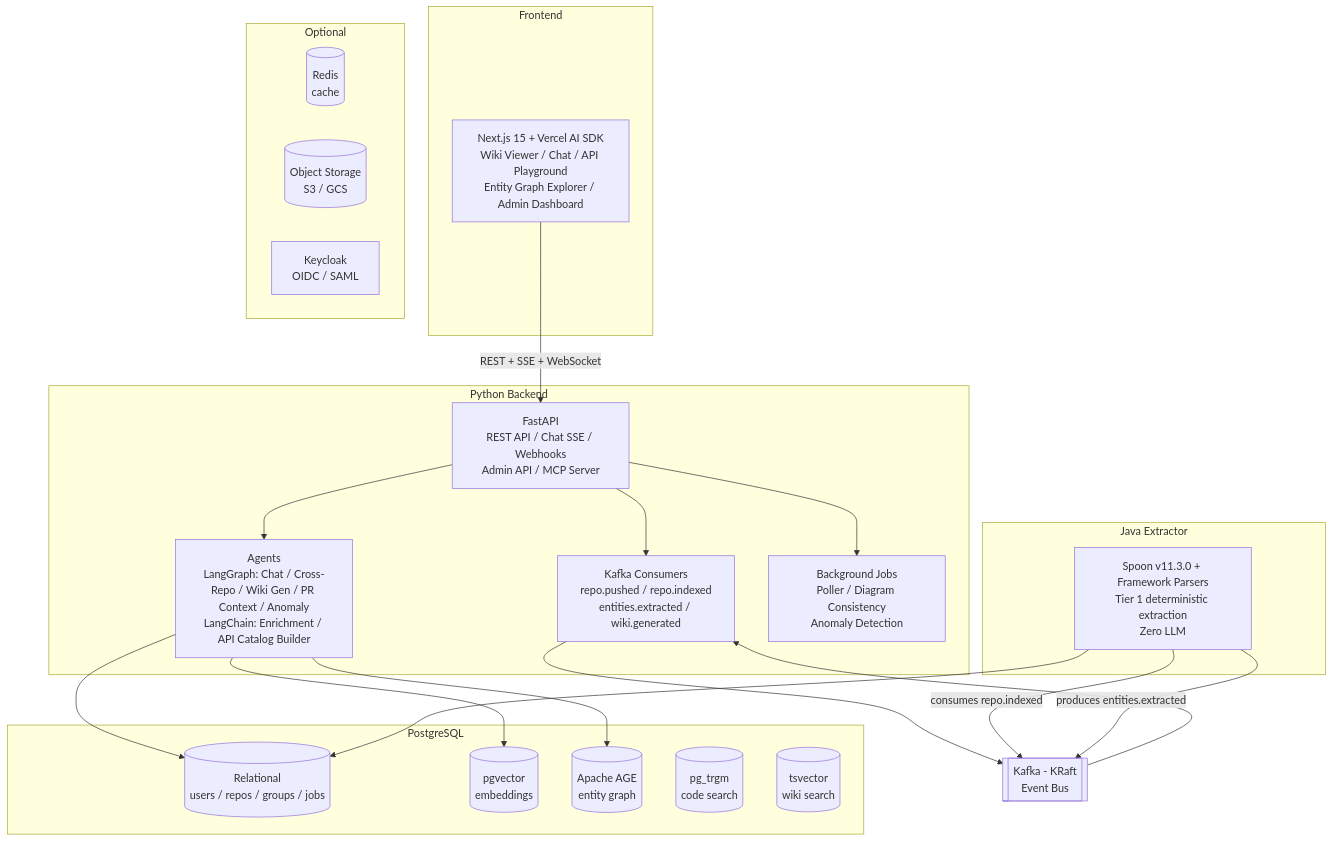
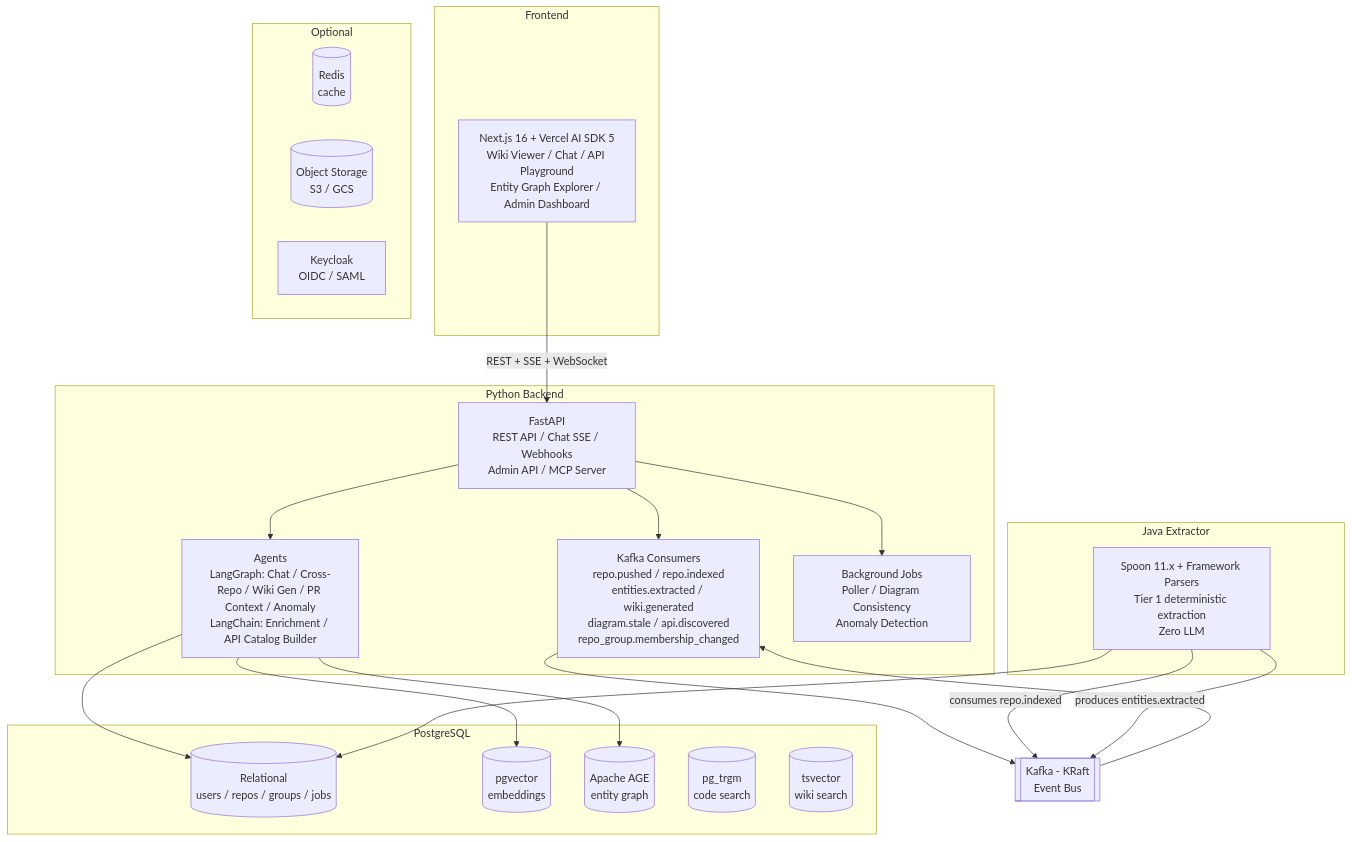
The diagram in docs/specs/platform-design.md (mogheyapoorv/codegraph), drawn with Mermaid before and after one commit. The commit also changed other lines of this file, not shown here.

First line of the commit message:
docs: update all library versions via Context7 + architect review

````diff
--- a/docs/specs/platform-design.md
+++ b/docs/specs/platform-design.md
@@ -51,46 +51,46 @@
 ```mermaid
 graph TB
     subgraph Frontend
-        UI[Next.js 15 + Vercel AI SDK<br/>Wiki Viewer / Chat / API Playground<br/>Entity Graph Explorer / Admin Dashboard]
+        UI[Next.js 16 + Vercel AI SDK 5<br/>Wiki Viewer / Chat / API Playground<br/>Entity Graph Explorer / Admin Dashboard]
     end
 
     subgraph Python Backend
         API[FastAPI<br/>REST API / Chat SSE / Webhooks<br/>Admin API / MCP Server]
         AGENTS[Agents<br/>LangGraph: Chat / Cross-Repo / Wiki Gen / PR Context / Anomaly<br/>LangChain: Enrichment / API Catalog Builder]
-        KAFKA_C[Kafka Consumers<br/>repo.pushed / repo.indexed<br/>entities.extracted / wiki.generated]
+        KAFKA_C[Kafka Consumers<br/>repo.pushed / repo.indexed<br/>entities.extracted / wiki.generated<br/>diagram.stale / api.discovered<br/>repo_group.membership_changed]
         JOBS[Background Jobs<br/>Poller / Diagram Consistency<br/>Anomaly Detection]
     end
 
     subgraph Java Extractor
-        JDT[Spoon v11.3.0 + Framework Parsers<br/>Tier 1 deterministic extraction<br/>Zero LLM]
+        JDT[Spoon 11.x + Framework Parsers<br/>Tier 1 deterministic extraction<br/>Zero LLM]
     end
 
     subgraph PostgreSQL
         PG_REL[(Relational<br/>users / repos / groups / jobs)]
         PG_VEC[(pgvector<br/>embeddings)]
         PG_AGE[(Apache AGE<br/>entity graph)]
         PG_TRGM[(pg_trgm<br/>code search)]
         PG_TS[(tsvector<br/>wiki search)]
     end
 
     KAFKA[[Kafka - KRaft<br/>Event Bus]]
 
     subgraph Optional
         REDIS[(Redis<br/>cache)]
         S3[(Object Storage<br/>S3 / GCS)]
         KC[Keycloak<br/>OIDC / SAML]
     end
 
     UI -->|REST + SSE + WebSocket| API
     API --> AGENTS
     API --> KAFKA_C
     API --> JOBS
     AGENTS --> PG_REL
     AGENTS --> PG_VEC
     AGENTS --> PG_AGE
     KAFKA_C --> KAFKA
     JDT -->|consumes repo.indexed| KAFKA
     JDT -->|produces entities.extracted| KAFKA
     JDT --> PG_REL
     KAFKA --> KAFKA_C
 ```
````
